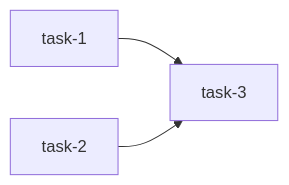
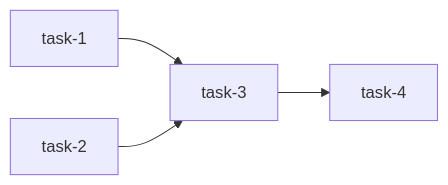
Before and after one commit to merge-mates/patent-ai-workspace: the fifth of 5 diagrams in docs/features/F1/tasks.md, drawn with Mermaid. The commit also changed other lines of this file and 4 other files, not shown here.

````diff
--- a/docs/features/F1/tasks.md
+++ b/docs/features/F1/tasks.md
@@ -232,5 +232,6 @@
 ```mermaid
 graph LR
     task-1 --> task-3
     task-2 --> task-3
+    task-3 --> task-4
 ```
````
